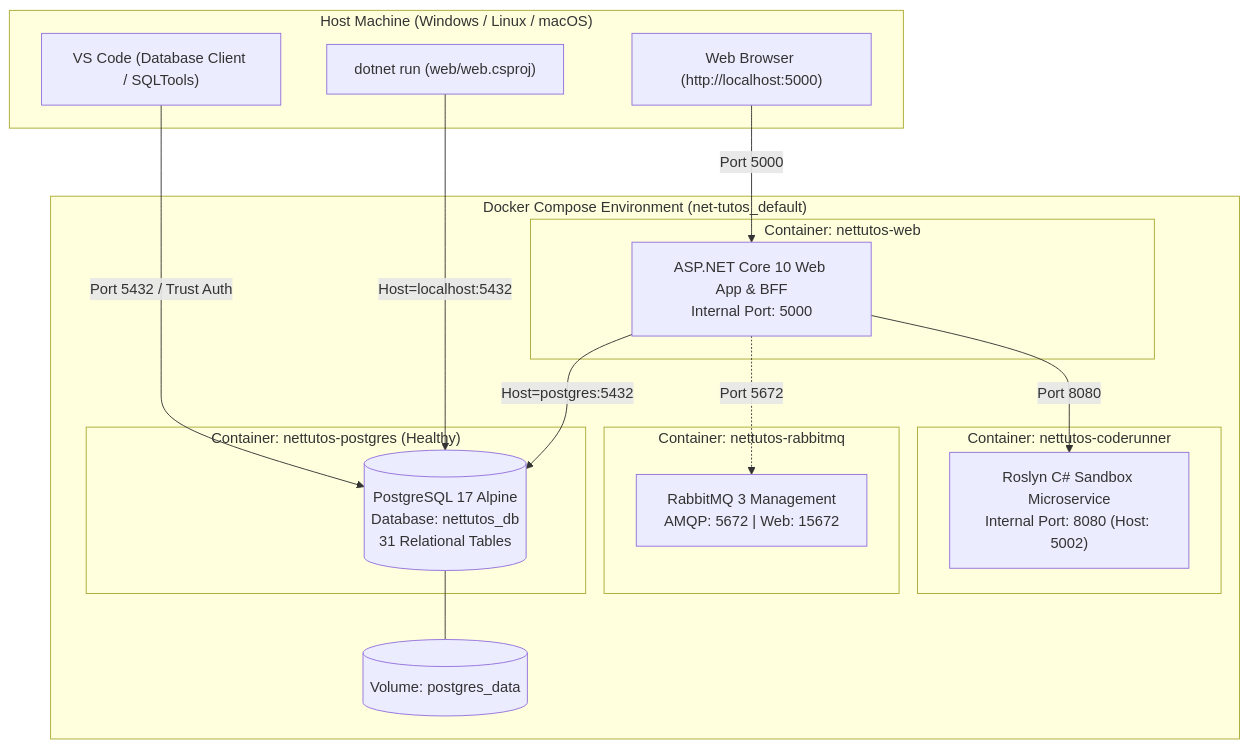
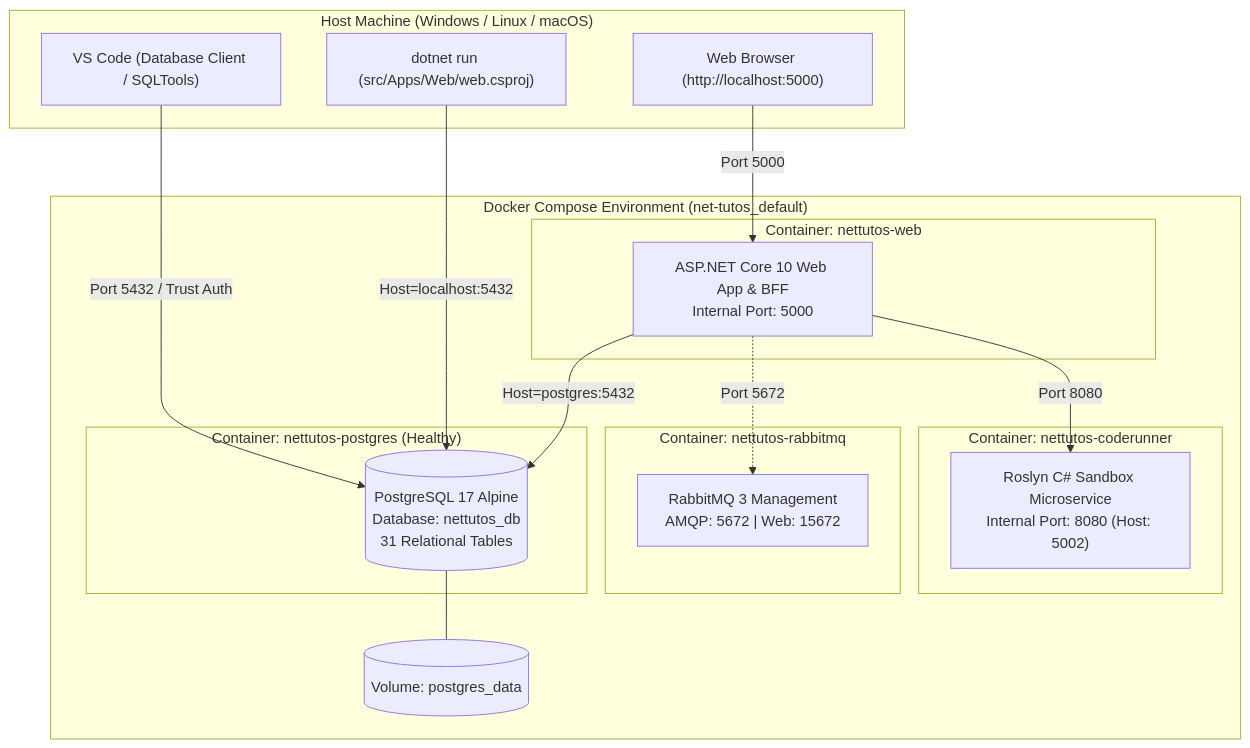
The diagram in docs/07_docker_and_database_setup.md (KaitoDeus/NET-Tutos), drawn with Mermaid before and after one commit. The commit also changed other lines of this file and 330 other files, not shown here.

Commit message:
refactor(structure): standardize monorepo layout by moving web and mobile under src/Apps

````diff
--- a/docs/07_docker_and_database_setup.md
+++ b/docs/07_docker_and_database_setup.md
@@ -17,36 +17,36 @@
 ```mermaid
 graph TD
     subgraph HostMachine ["Host Machine (Windows / Linux / macOS)"]
         VSCode["VS Code (Database Client / SQLTools)"]
-        DotnetLocal["dotnet run (web/web.csproj)"]
+        DotnetLocal["dotnet run (src/Apps/Web/web.csproj)"]
         Browser["Web Browser (http://localhost:5000)"]
     end
 
     subgraph DockerCompose ["Docker Compose Environment (net-tutos_default)"]
         subgraph WebContainer ["Container: nettutos-web"]
             WebApp["ASP.NET Core 10 Web App & BFF<br/>Internal Port: 5000"]
         end
 
         subgraph RunnerContainer ["Container: nettutos-coderunner"]
             CodeRunner["Roslyn C# Sandbox Microservice<br/>Internal Port: 8080 (Host: 5002)"]
         end
 
         subgraph RabbitContainer ["Container: nettutos-rabbitmq"]
             RabbitMQ["RabbitMQ 3 Management<br/>AMQP: 5672 | Web: 15672"]
         end
 
         subgraph PostgresContainer ["Container: nettutos-postgres (Healthy)"]
             PostgresDB[("PostgreSQL 17 Alpine<br/>Database: nettutos_db<br/>31 Relational Tables")]
         end
 
         Volume[("Volume: postgres_data")]
     end
 
     Browser -->|Port 5000| WebApp
     WebApp -->|Port 8080| CodeRunner
     WebApp -.->|Port 5672| RabbitMQ
     VSCode -->|Port 5432 / Trust Auth| PostgresDB
     DotnetLocal -->|Host=localhost:5432| PostgresDB
     WebApp -->|Host=postgres:5432| PostgresDB
     PostgresDB --- Volume
 ```
````
